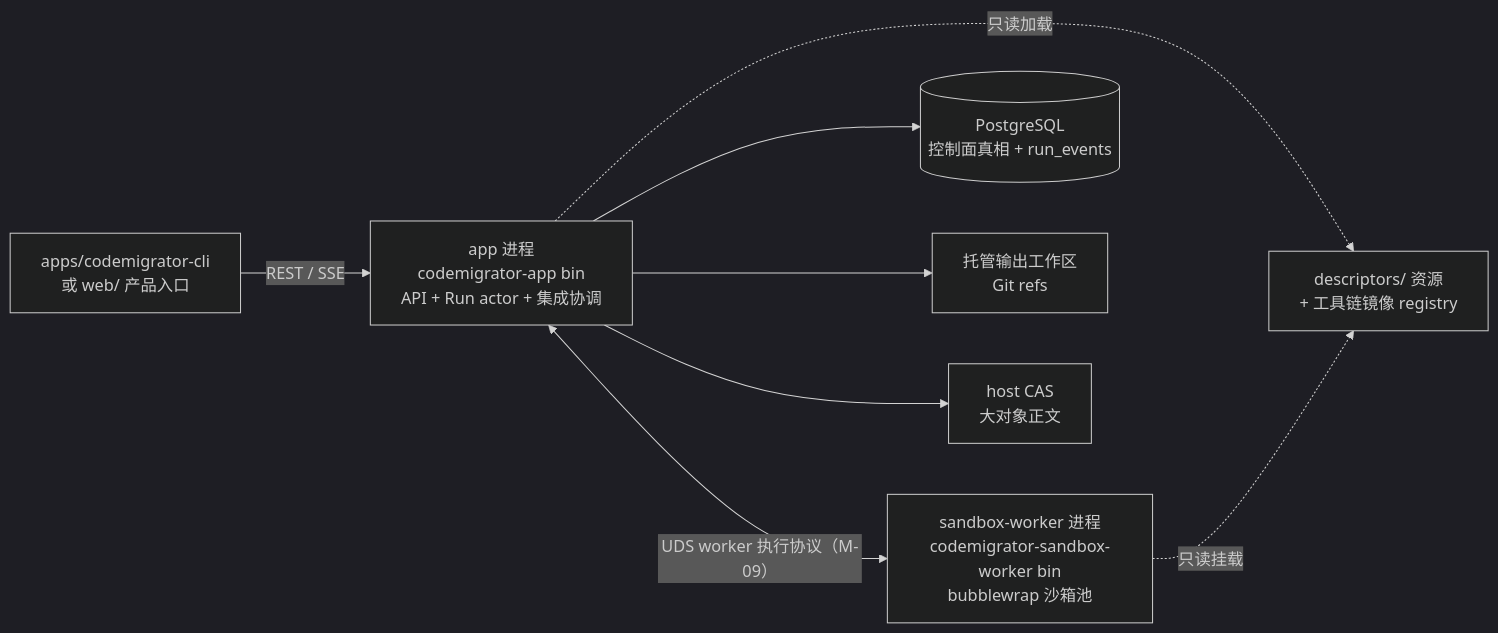
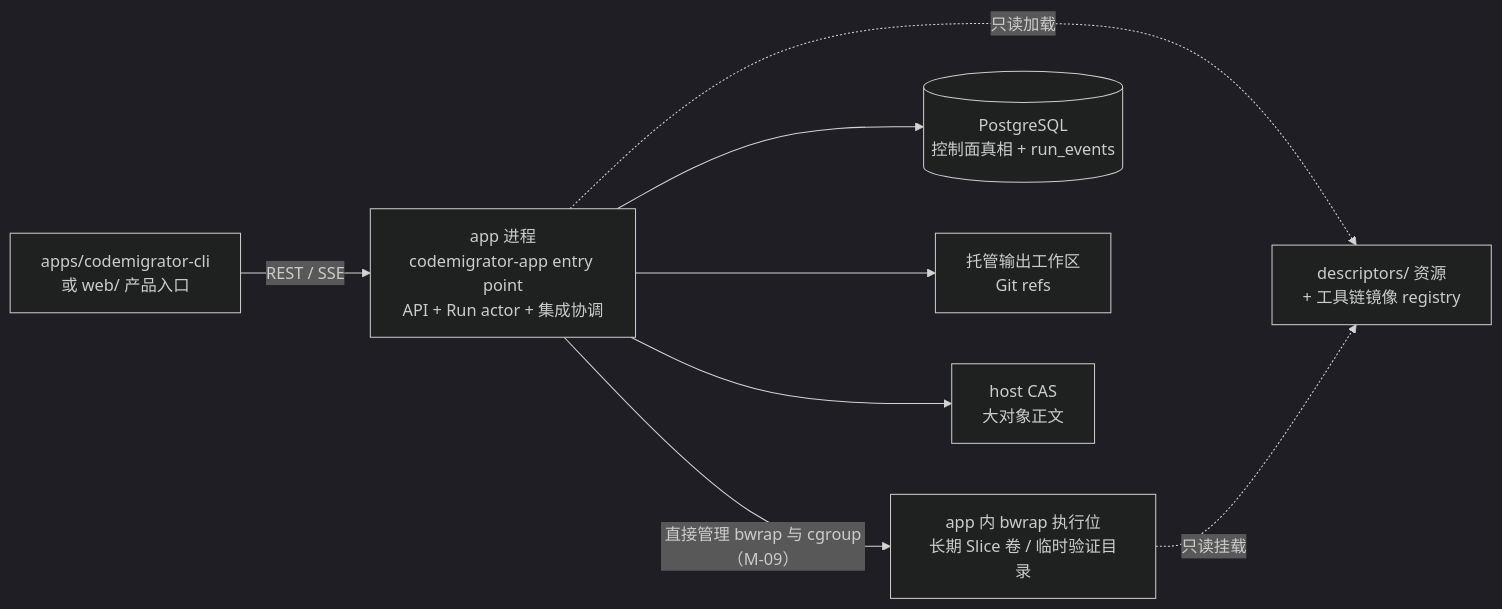
Before and after one commit to LT0X/CodeMigrator: the third of 3 diagrams in my_space/codemigrator_design_doc/architecture_module_design/CodeMigrator_核心目录架构设计.md, drawn with Mermaid (dark theme). The commit also changed other lines of this file and 55 other files, not shown here.

````diff
--- a/my_space/codemigrator_design_doc/architecture_module_design/CodeMigrator_核心目录架构设计.md
+++ b/my_space/codemigrator_design_doc/architecture_module_design/CodeMigrator_核心目录架构设计.md
@@ -221,18 +251,18 @@
 ```mermaid
 flowchart LR
     Cli["apps/codemigrator-cli\n或 web/ 产品入口"]
-    App["app 进程\ncodemigrator-app bin\nAPI + Run actor + 集成协调"]
-    Worker["sandbox-worker 进程\ncodemigrator-sandbox-worker bin\nbubblewrap 沙箱池"]
+    App["app 进程\ncodemigrator-app entry point\nAPI + Run actor + 集成协调"]
+    Bwrap["app 内 bwrap 执行位\n长期 Slice 卷 / 临时验证目录"]
     PG[("PostgreSQL\n控制面真相 + run_events")]
     Out["托管输出工作区\nGit refs"]
     Cas["host CAS\n大对象正文"]
     Res["descriptors/ 资源\n+ 工具链镜像 registry"]
 
     Cli -->|REST / SSE| App
-    App <-->|"UDS worker 执行协议（M-09）"| Worker
+    App -->|"直接管理 bwrap 与 cgroup（M-09）"| Bwrap
     App --> PG
     App --> Out
     App --> Cas
     App -.只读加载.-> Res
-    Worker -.只读挂载.-> Res
+    Bwrap -.只读挂载.-> Res
 ```
````
